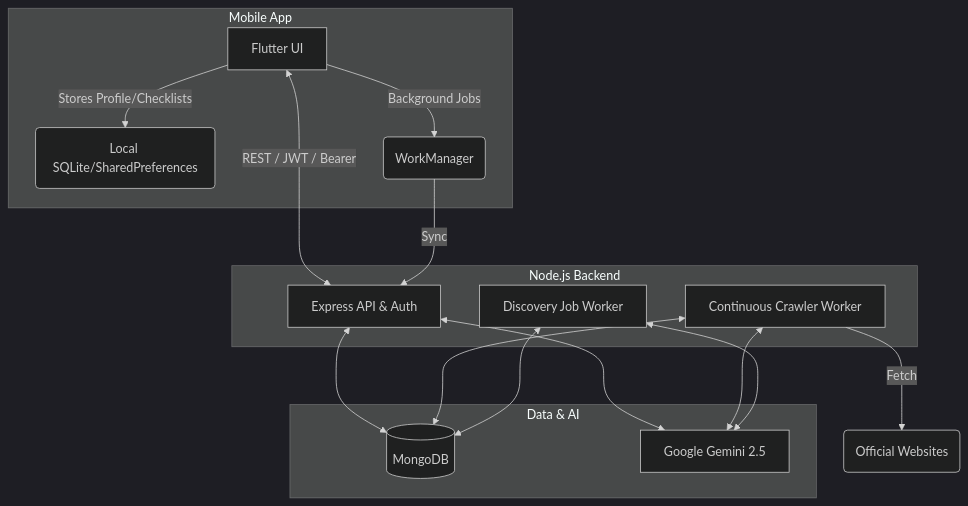
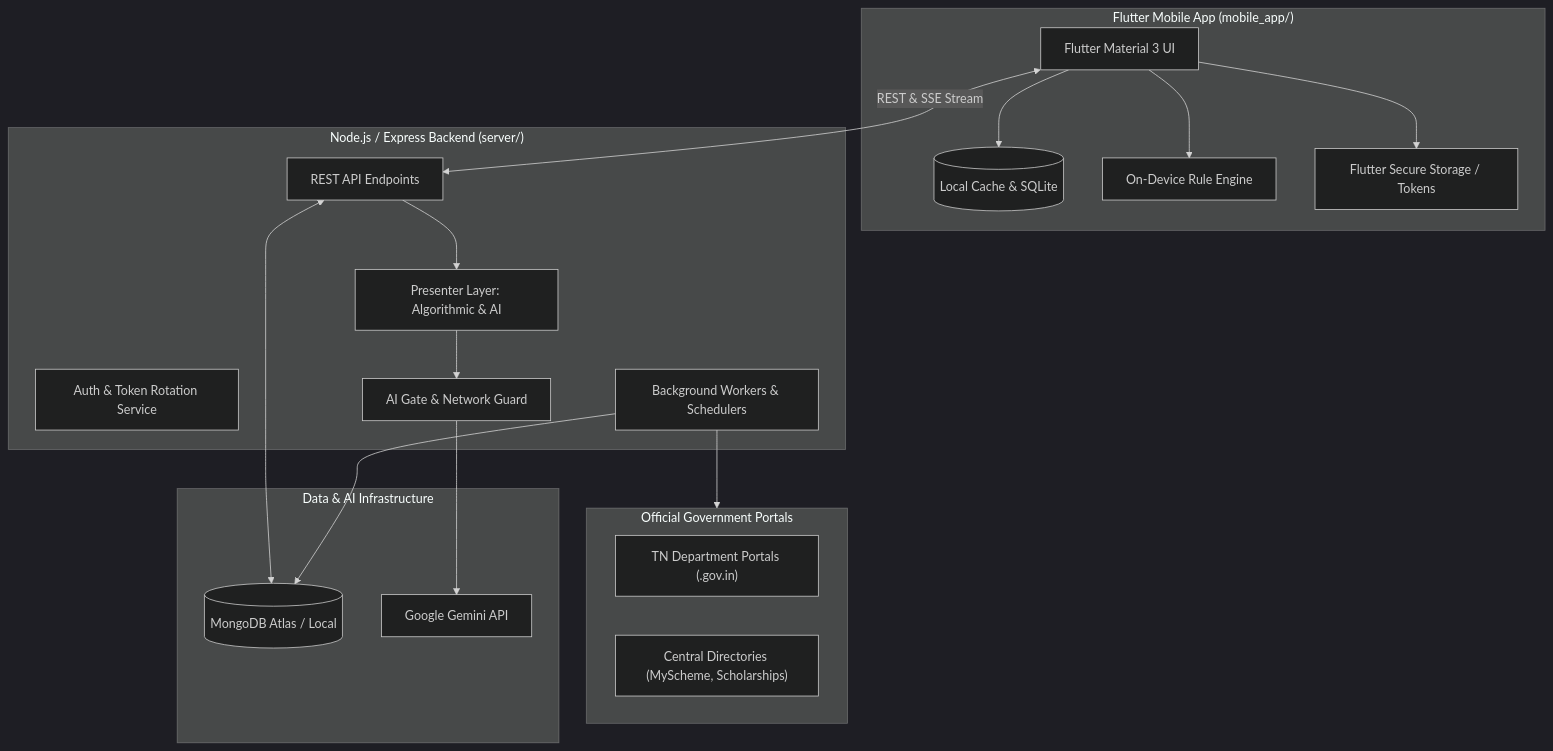
The diagram in README.md (Daranyag/scheme), drawn with Mermaid (dark theme) before and after one commit. The commit also changed other lines of this file and 114 other files, not shown here.

Commit message:
Update entire project: refine .gitignore, update README with comprehensive setup and run instructions, sync mobile app and backend features

````diff
--- a/README.md
+++ b/README.md
@@ -16,28 +28,34 @@
 ```mermaid
-graph TD
-    subgraph Mobile App
-        A[Flutter UI] -->|Stores Profile/Checklists| B(Local SQLite/SharedPreferences)
-        A -->|Background Jobs| WM(WorkManager)
-    end
-    
-    subgraph Node.js Backend
-        C[Express API & Auth]
-        W[Continuous Crawler Worker]
-        DQS[Discovery Job Worker]
-    end
-    
-    subgraph Data & AI
-        D[(MongoDB)]
-        G[Google Gemini 2.5]
+flowchart TD
+    subgraph MobileApp ["Flutter Mobile App (mobile_app/)"]
+        UI[Flutter Material 3 UI] --> LocalStore[(Local Cache & SQLite)]
+        UI --> LocalEngine[On-Device Rule Engine]
+        UI --> SecureStorage[Flutter Secure Storage / Tokens]
     end
 
-    A <-->|REST / JWT / Bearer| C
-    WM -->|Sync| C
-    C <--> D
-    C <--> G
-    W -->|Fetch| Web(Official Websites)
-    W <--> D
-    W <--> G
-    DQS <--> D
-    DQS <--> G
+    subgraph BackendAPI ["Node.js / Express Backend (server/)"]
+        Auth[Auth & Token Rotation Service]
+        Routes[REST API Endpoints]
+        Presenter[Presenter Layer: Algorithmic & AI]
+        AIGate[AI Gate & Network Guard]
+        WorkerMgr[Background Workers & Schedulers]
+    end
+
+    subgraph ExternalSources ["Official Government Portals"]
+        TNPortals["TN Department Portals (.gov.in)"]
+        CentralPortals["Central Directories (MyScheme, Scholarships)"]
+    end
+
+    subgraph StorageAI ["Data & AI Infrastructure"]
+        MongoDB[(MongoDB Atlas / Local)]
+        Gemini[Google Gemini API]
+    end
+
+    UI <-->|REST & SSE Stream| Routes
+    Routes <--> MongoDB
+    Routes --> Presenter
+    Presenter --> AIGate
+    AIGate --> Gemini
+    WorkerMgr --> ExternalSources
+    WorkerMgr --> MongoDB
 ```
````
